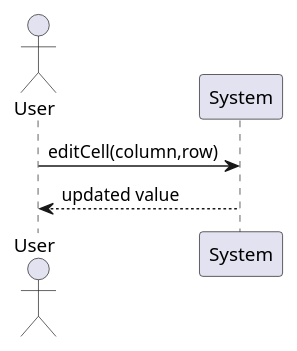
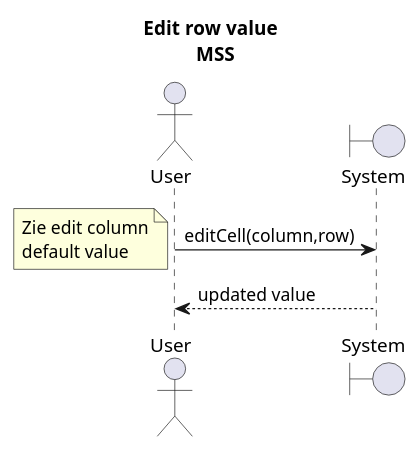
Before and after one commit to Bhamoss/softwareOntwerpProject: the diagram in diagrams/systemSequenceDiagram/editRowValue.puml, drawn with PlantUML. The commit also changed 12 other files, not shown here.

```diff
--- a/diagrams/systemSequenceDiagram/editRowValue.puml
+++ b/diagrams/systemSequenceDiagram/editRowValue.puml
@@ -1,5 +1,11 @@
 @startuml
+title Edit row value \n MSS
 Actor User
+Boundary System
 User -> System: editCell(column,row)
+note left
+    Zie edit column
+    default value
+end note
 System --> User: updated value
 @enduml
```
